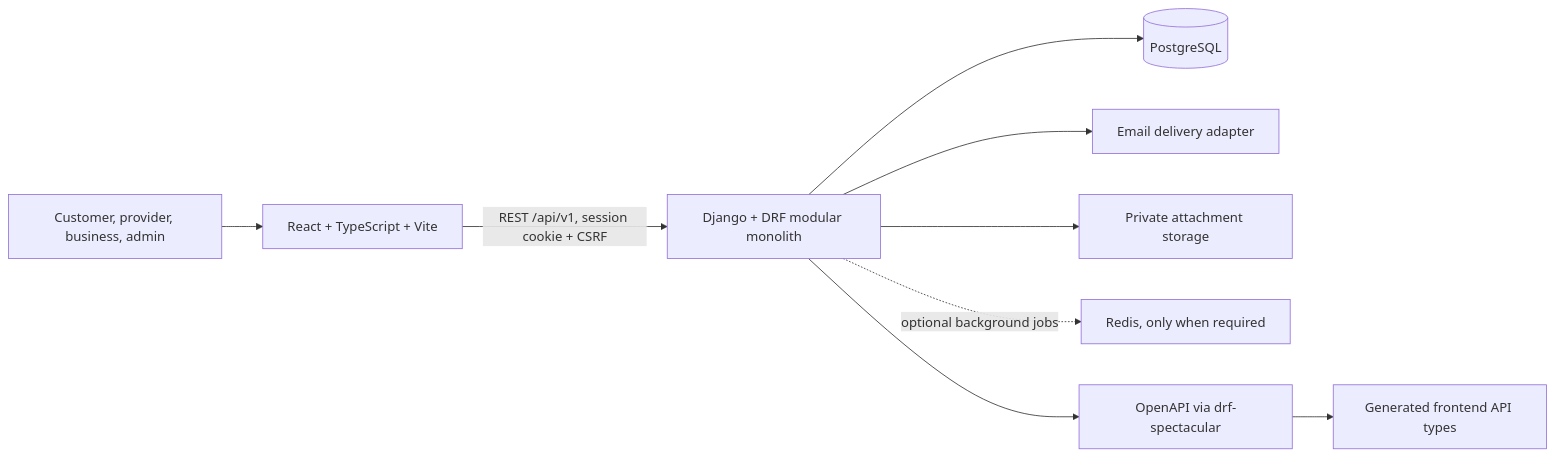
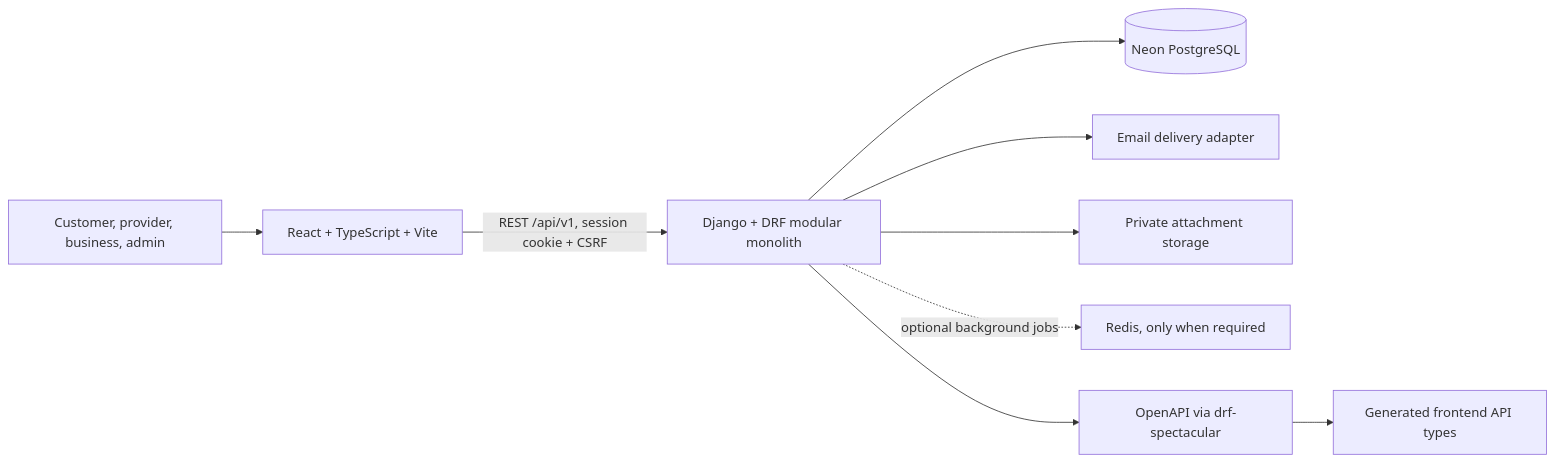
One commit to Simplest13/HiddenStage changed the diagram in docs/ARCHITECTURE.md. Above: the diagram before and after it, drawn with Mermaid. The commit also changed other lines of this file and 302 other files, not shown here.

Commit message:
backend architecture changes and ui revamp

````diff
--- a/docs/ARCHITECTURE.md
+++ b/docs/ARCHITECTURE.md
@@ -11,11 +11,11 @@
 ```mermaid
 flowchart LR
   Browser[Customer, provider, business, admin] --> Frontend[React + TypeScript + Vite]
   Frontend -->|REST /api/v1, session cookie + CSRF| API[Django + DRF modular monolith]
-  API --> DB[(PostgreSQL)]
+  API --> DB[(Neon PostgreSQL)]
   API --> Mail[Email delivery adapter]
   API --> Files[Private attachment storage]
   API -. optional background jobs .-> Redis[Redis, only when required]
   API --> Schema[OpenAPI via drf-spectacular]
   Schema --> Types[Generated frontend API types]
 ```
````
